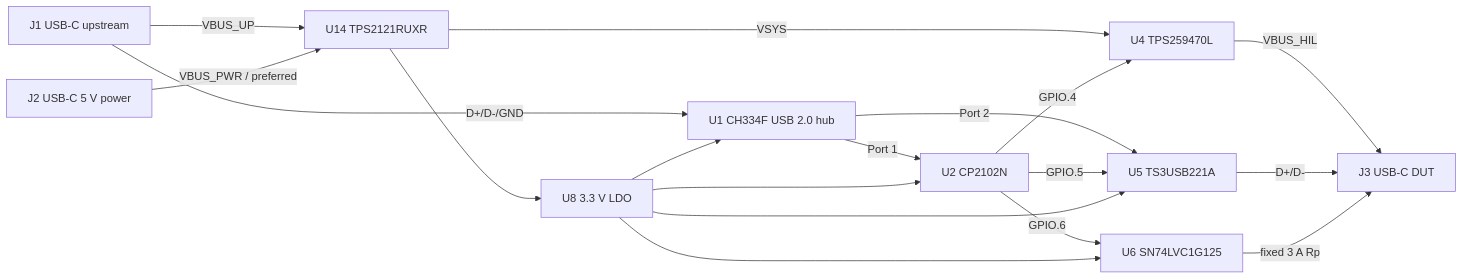
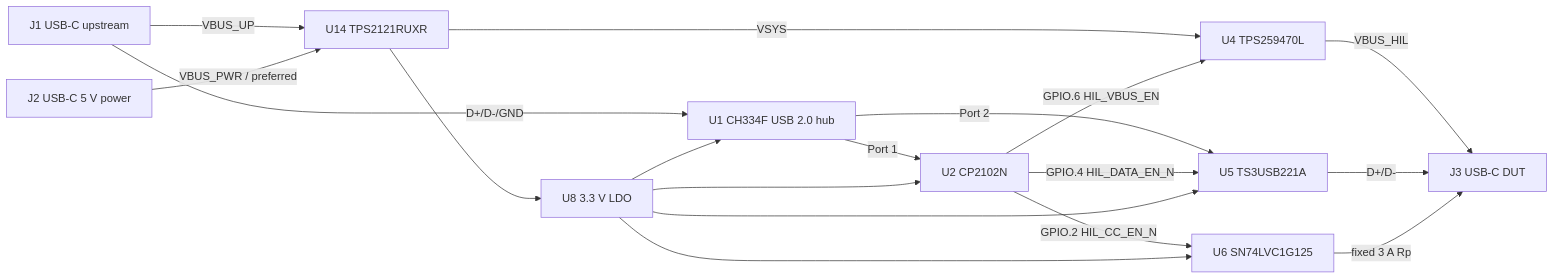
Before and after one commit to fgihl/usb-c-one: the diagram in architecture/schematic_overview.md, drawn with Mermaid. The commit also changed 5 other files, not shown here.

````diff
--- a/architecture/schematic_overview.md
+++ b/architecture/schematic_overview.md
@@ -7,20 +7,20 @@
 ```mermaid
 flowchart LR
   J1[J1 USB-C upstream] -->|D+/D-/GND| U1[U1 CH334F USB 2.0 hub]
   J1 -->|VBUS_UP| U14
   J2[J2 USB-C 5 V power] -->|VBUS_PWR / preferred| U14[U14 TPS2121RUXR]
   U14 -->|VSYS| U4[U4 TPS259470L]
   U4 -->|VBUS_HIL| J3[J3 USB-C DUT]
   U1 -->|Port 1| U2[U2 CP2102N]
   U1 -->|Port 2| U5[U5 TS3USB221A]
   U5 -->|D+/D-| J3
-  U2 -->|GPIO.4| U4
-  U2 -->|GPIO.5| U5
-  U2 -->|GPIO.6| U6[U6 SN74LVC1G125]
+  U2 -->|GPIO.6 HIL_VBUS_EN| U4
+  U2 -->|GPIO.4 HIL_DATA_EN_N| U5
+  U2 -->|GPIO.2 HIL_CC_EN_N| U6[U6 SN74LVC1G125]
   U6 -->|fixed 3 A Rp| J3
   U14 --> U8[U8 3.3 V LDO]
   U8 --> U1
   U8 --> U2
   U8 --> U5
   U8 --> U6
 ```
````
